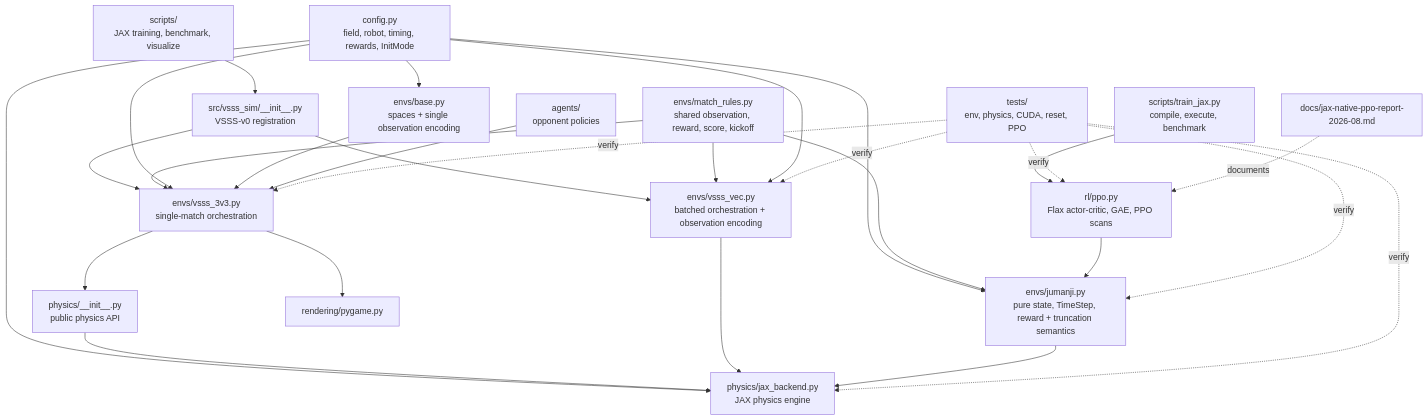
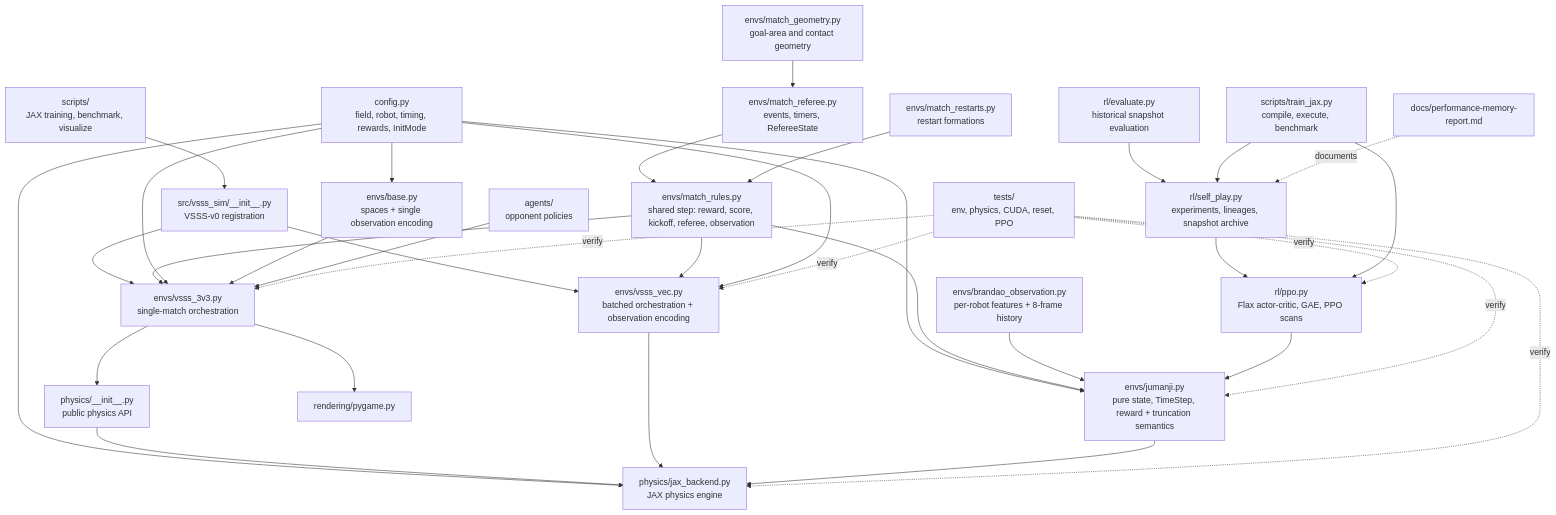
One commit to canhotuctor/vsss-sim changed the eighth of 8 diagrams in STRUCTURE.md. Above: the diagram before and after it, drawn with Mermaid. The commit also changed other lines of this file, not shown here.

Commit message:
docs: update STRUCTURE.md for referee modules and match lifecycle

````diff
--- a/STRUCTURE.md
+++ b/STRUCTURE.md
@@ -277,45 +325,58 @@
 ```mermaid
 flowchart TD
     registration["src/vsss_sim/__init__.py<br/>VSSS-v0 registration"]
     config["config.py<br/>field, robot, timing, rewards, InitMode"]
     base["envs/base.py<br/>spaces + single observation encoding"]
     single["envs/vsss_3v3.py<br/>single-match orchestration"]
     vector["envs/vsss_vec.py<br/>batched orchestration + observation encoding"]
     jumanji["envs/jumanji.py<br/>pure state, TimeStep, reward + truncation semantics"]
-    matchrules["envs/match_rules.py<br/>shared observation, reward, score, kickoff"]
+    matchrules["envs/match_rules.py<br/>shared step: reward, score, kickoff, referee, observation"]
+    referee["envs/match_referee.py<br/>events, timers, RefereeState"]
+    restarts["envs/match_restarts.py<br/>restart formations"]
+    geometry["envs/match_geometry.py<br/>goal-area and contact geometry"]
+    brandaoobs["envs/brandao_observation.py<br/>per-robot features + 8-frame history"]
+    selfplay["rl/self_play.py<br/>experiments, lineages, snapshot archive"]
+    evaluate["rl/evaluate.py<br/>historical snapshot evaluation"]
     ppo["rl/ppo.py<br/>Flax actor-critic, GAE, PPO scans"]
     physicsapi["physics/__init__.py<br/>public physics API"]
     jax["physics/jax_backend.py<br/>JAX physics engine"]
     agents["agents/<br/>opponent policies"]
     render["rendering/pygame.py"]
     trainjax["scripts/train_jax.py<br/>compile, execute, benchmark"]
     scripts["scripts/<br/>JAX training, benchmark, visualize"]
     tests["tests/<br/>env, physics, CUDA, reset, PPO"]
-    report["docs/jax-native-ppo-report-2026-08.md"]
+    report["docs/performance-memory-report.md"]
 
     registration --> single
     registration --> vector
     config --> jumanji
     matchrules --> single
     matchrules --> vector
     matchrules --> jumanji
+    referee --> matchrules
+    restarts --> matchrules
+    geometry --> referee
+    brandaoobs --> jumanji
+    selfplay --> ppo
+    evaluate --> selfplay
     config --> base
     config --> single
     config --> vector
     config --> jax
     base --> single
     agents --> single
     single --> physicsapi --> jax
     vector --> jax
     jumanji --> jax
     ppo --> jumanji
     trainjax --> ppo
+    trainjax --> selfplay
     single --> render
     scripts --> registration
     tests -. verify .-> single
     tests -. verify .-> vector
     tests -. verify .-> jumanji
     tests -. verify .-> ppo
     tests -. verify .-> jax
-    report -. documents .-> ppo
+    report -. documents .-> selfplay
 ```
````
